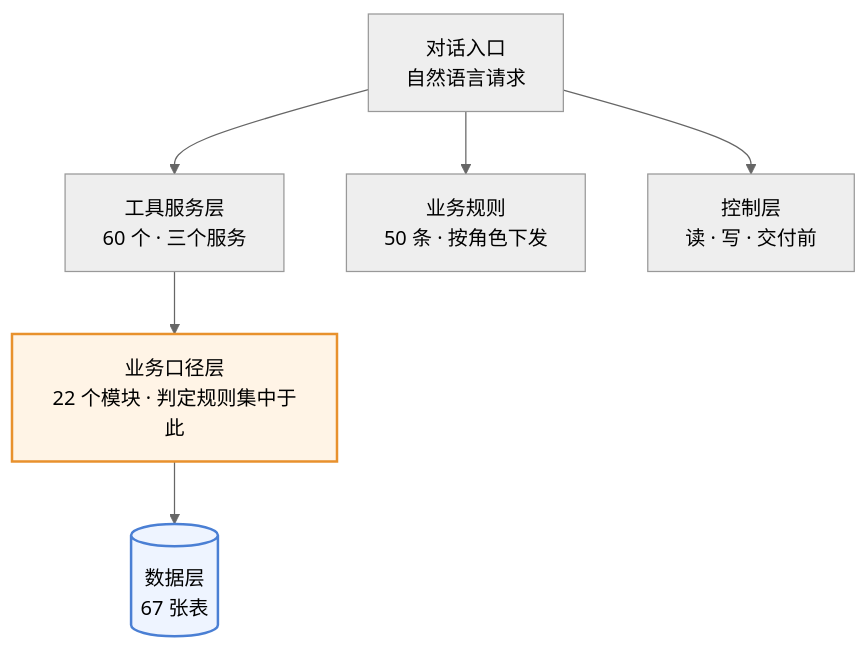
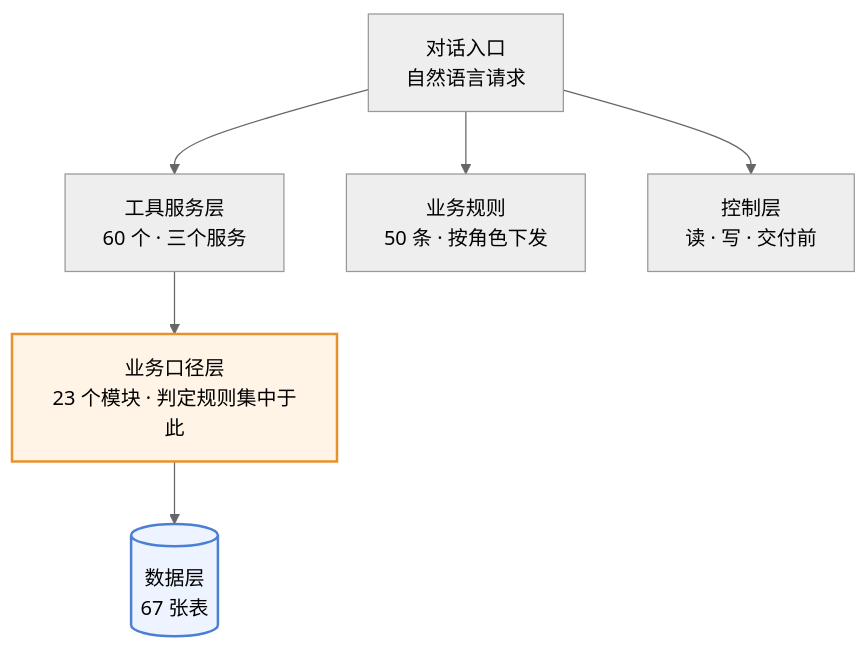
One commit to 843773296-rgb/lanxiu-yunshang-agent changed the first of 4 diagrams in 澜绣云裳agent-产品需求文档.md. Above: the diagram before and after it, drawn with Mermaid (neutral theme). The commit also changed other lines of this file and 6 other files, not shown here.

````diff
--- a/澜绣云裳agent-产品需求文档.md
+++ b/澜绣云裳agent-产品需求文档.md
@@ -132,12 +132,12 @@
 ```mermaid
 flowchart TD
     M["对话入口<br/>自然语言请求"]
     M --> T["工具服务层<br/>60 个 · 三个服务"]
     M --> R["业务规则<br/>50 条 · 按角色下发"]
     M --> G["控制层<br/>读 · 写 · 交付前"]
-    T --> K["业务口径层<br/>22 个模块 · 判定规则集中于此"]
+    T --> K["业务口径层<br/>23 个模块 · 判定规则集中于此"]
     K --> DB[("数据层<br/>67 张表")]
 
     style K fill:#fff4e6,stroke:#e8912d,stroke-width:2px
     style DB fill:#eef4ff,stroke:#4a7fd4,stroke-width:2px
 ```
````
